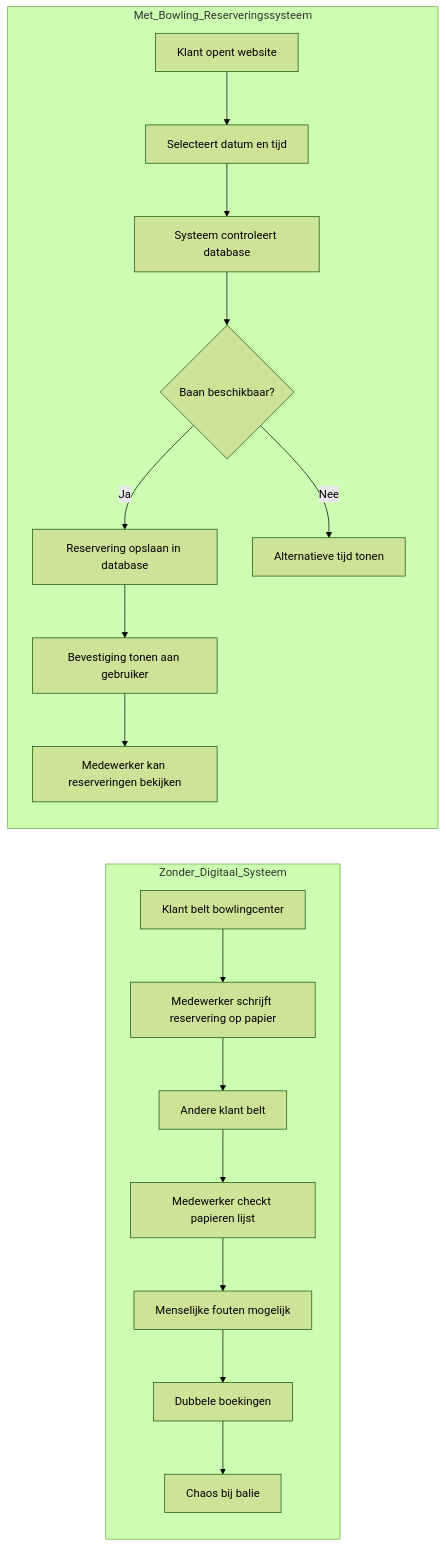
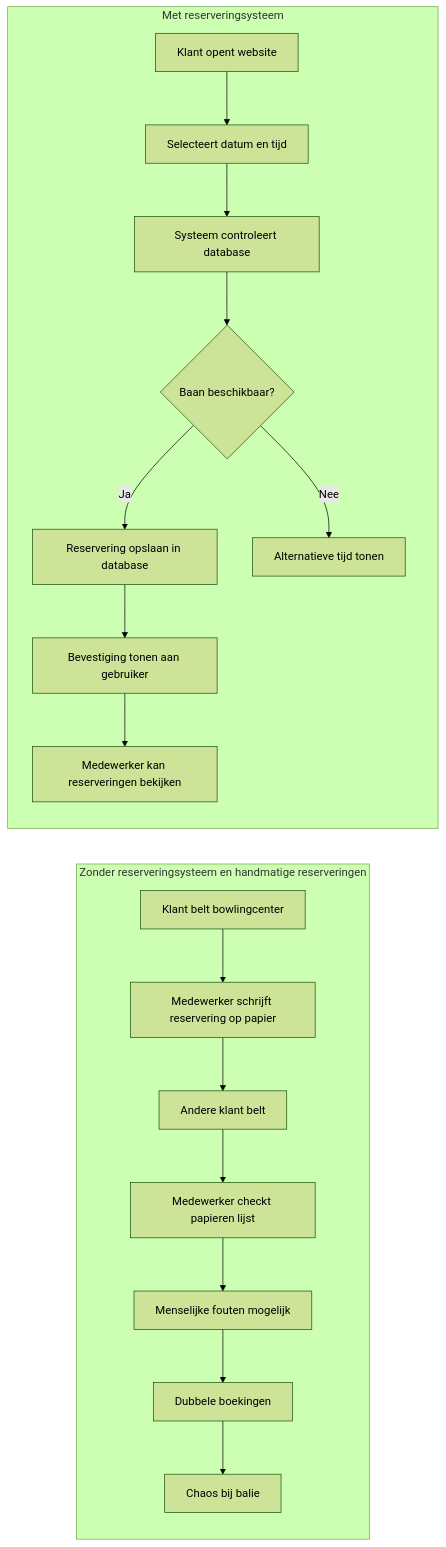
One commit to Bambaclad1/bowlingcenter-brooklyn changed the diagram in README.md. Above: the diagram before and after it, drawn with Mermaid (forest theme).

````diff
--- a/README.md
+++ b/README.md
@@ -42,25 +42,25 @@
 ```mermaid
 flowchart LR
 
-subgraph Zonder_Digitaal_Systeem
+subgraph Zonder reserveringsysteem en handmatige reserveringen
 A[Klant belt bowlingcenter] --> B[Medewerker schrijft reservering op papier]
 B --> C[Andere klant belt]
 C --> D[Medewerker checkt papieren lijst]
 D --> E[Menselijke fouten mogelijk]
 E --> F[Dubbele boekingen]
 F --> G[Chaos bij balie]
 end
 
-subgraph Met_Bowling_Reserveringssysteem
+subgraph Met reserveringsysteem
 H[Klant opent website] --> I[Selecteert datum en tijd]
 I --> J[Systeem controleert database]
 J --> K{Baan beschikbaar?}
 
 K -- Ja --> L[Reservering opslaan in database]
 L --> M[Bevestiging tonen aan gebruiker]
 
 K -- Nee --> N[Alternatieve tijd tonen]
 
 M --> O[Medewerker kan reserveringen bekijken]
 end
 ```
````
